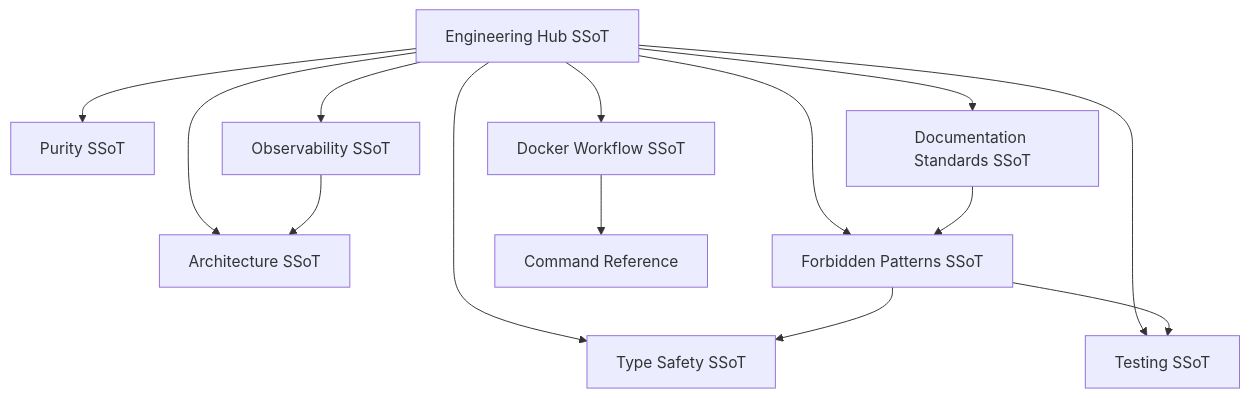
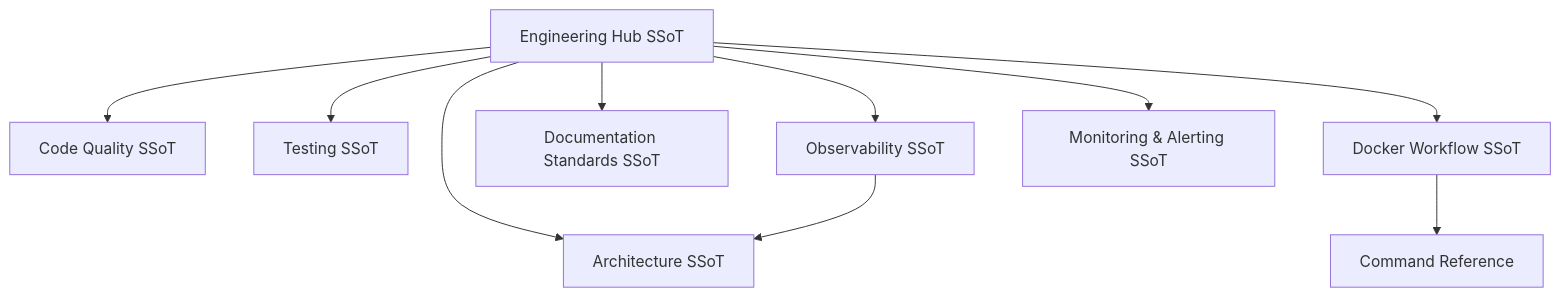
One commit to Tuee22/effectful changed the diagram in documents/engineering/README.md. Above: the diagram before and after it, drawn with Mermaid. The commit also changed other lines of this file and 87 other files, not shown here.

````diff
--- a/documents/engineering/README.md
+++ b/documents/engineering/README.md
@@ -11,27 +11,22 @@
 ```mermaid
 flowchart TB
   Hub[Engineering Hub SSoT]
   Arch[Architecture SSoT]
-  TypeSafety[Type Safety SSoT]
-  Purity[Purity SSoT]
+  CodeQuality[Code Quality SSoT]
   Testing[Testing SSoT]
   Docker[Docker Workflow SSoT]
   Docs[Documentation Standards SSoT]
-  Forbidden[Forbidden Patterns SSoT]
   Observability[Observability SSoT]
+  MonAlert[Monitoring & Alerting SSoT]
 
   Hub --> Arch
-  Hub --> TypeSafety
-  Hub --> Purity
+  Hub --> CodeQuality
   Hub --> Testing
   Hub --> Docker
   Hub --> Docs
-  Hub --> Forbidden
   Hub --> Observability
+  Hub --> MonAlert
   Observability --> Arch
-  Forbidden --> Testing
-  Forbidden --> TypeSafety
   CommandRef[Command Reference]
   Docker --> CommandRef
-  Docs --> Forbidden
 ```
````
